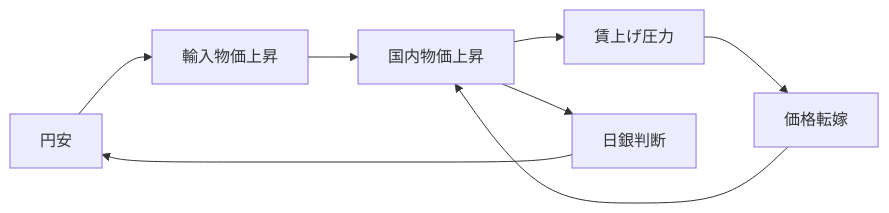
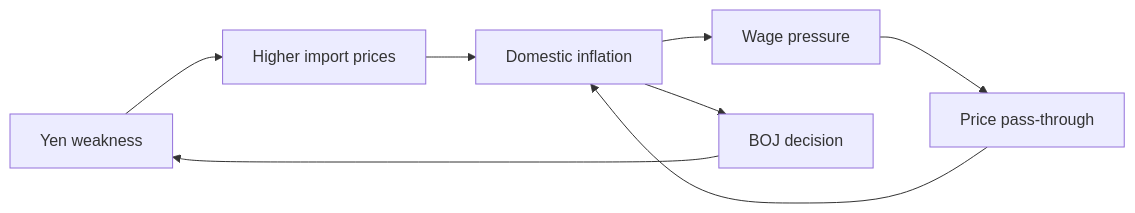
One commit to daylight55/research changed the fifth of 5 diagrams in content/blog/en/interest-rate-policy-primer.mdx. Above: the diagram before and after it, drawn with Mermaid. The commit also changed other lines of this file and 26 other files, not shown here.

Commit message:
Translate English Mermaid labels

````diff
--- a/content/blog/en/interest-rate-policy-primer.mdx
+++ b/content/blog/en/interest-rate-policy-primer.mdx
@@ -131,10 +131,10 @@
 ```mermaid
 flowchart LR
-  FX["円安"] --> IMP["輸入物価上昇"]
-  IMP --> CPI["国内物価上昇"]
-  CPI --> W["賃上げ圧力"]
-  W --> PT["価格転嫁"]
+  FX["Yen weakness"] --> IMP["Higher import prices"]
+  IMP --> CPI["Domestic inflation"]
+  CPI --> W["Wage pressure"]
+  W --> PT["Price pass-through"]
   PT --> CPI
-  CPI --> BOJ["日銀判断"]
+  CPI --> BOJ["BOJ decision"]
   BOJ --> FX
 ```
````
